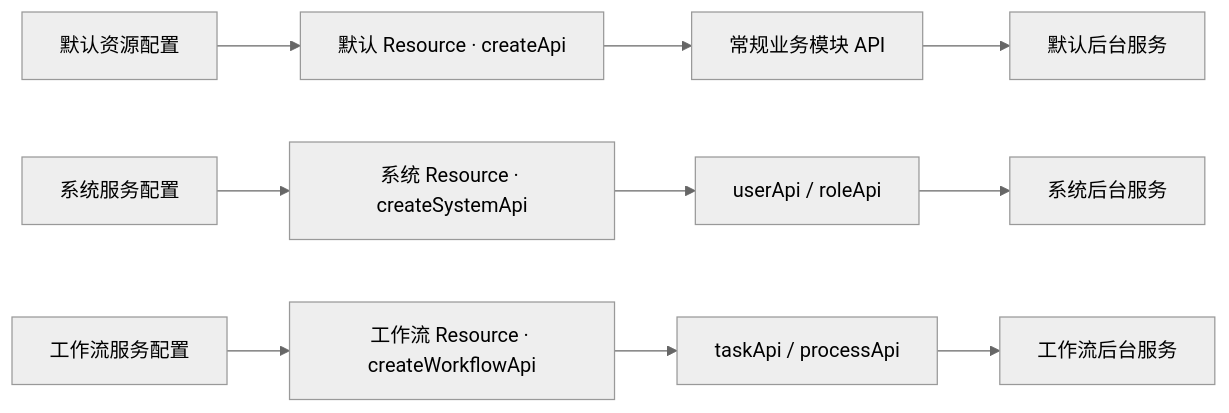
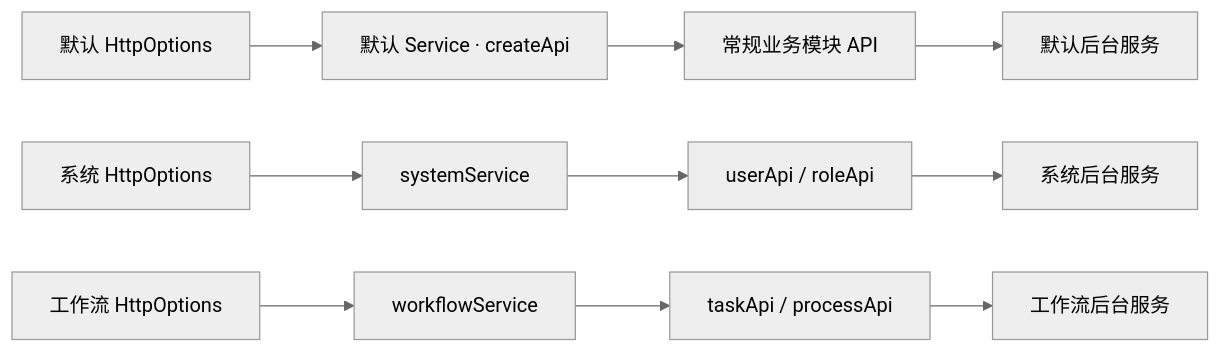
The diagram in README.md (nicefan/api-datamodel), drawn with Mermaid (neutral theme) before and after one commit. The commit also changed other lines of this file and 21 other files, not shown here.

````diff
--- a/README.md
+++ b/README.md
@@ -48,12 +48,12 @@
 ```mermaid
 flowchart LR
-  DefaultConfig["默认资源配置"] --> DefaultResource["默认 Resource · createApi"]
-  SystemConfig["系统服务配置"] --> SystemResource["系统 Resource · createSystemApi"]
-  WorkflowConfig["工作流服务配置"] --> WorkflowResource["工作流 Resource · createWorkflowApi"]
-  DefaultResource --> CommonApis["常规业务模块 API"]
-  SystemResource --> SystemApis["userApi / roleApi"]
-  WorkflowResource --> WorkflowApis["taskApi / processApi"]
+  DefaultConfig["默认 HttpOptions"] --> DefaultService["默认 Service · createApi"]
+  SystemConfig["系统 HttpOptions"] --> SystemService["systemService"]
+  WorkflowConfig["工作流 HttpOptions"] --> WorkflowService["workflowService"]
+  DefaultService --> CommonApis["常规业务模块 API"]
+  SystemService --> SystemApis["userApi / roleApi"]
+  WorkflowService --> WorkflowApis["taskApi / processApi"]
   CommonApis --> DefaultBackend["默认后台服务"]
   SystemApis --> SystemBackend["系统后台服务"]
   WorkflowApis --> WorkflowBackend["工作流后台服务"]
 ```
````
